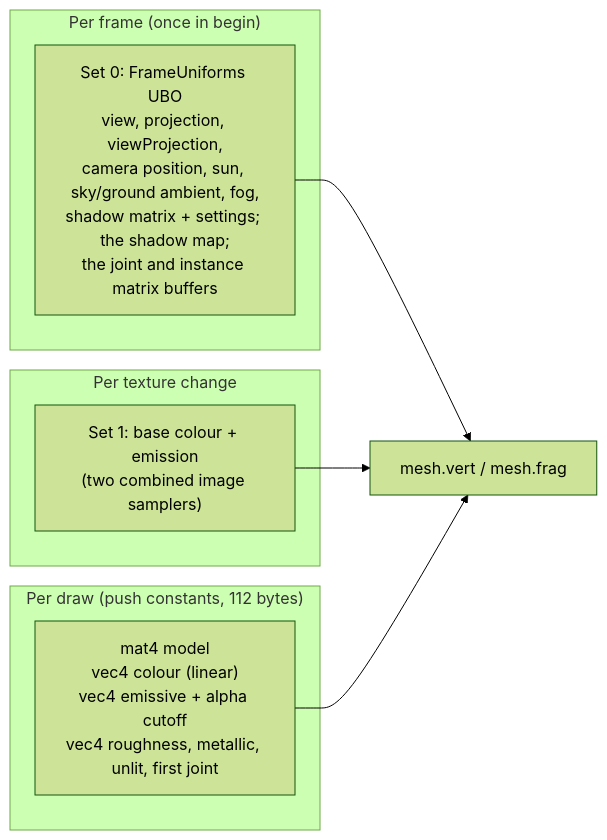
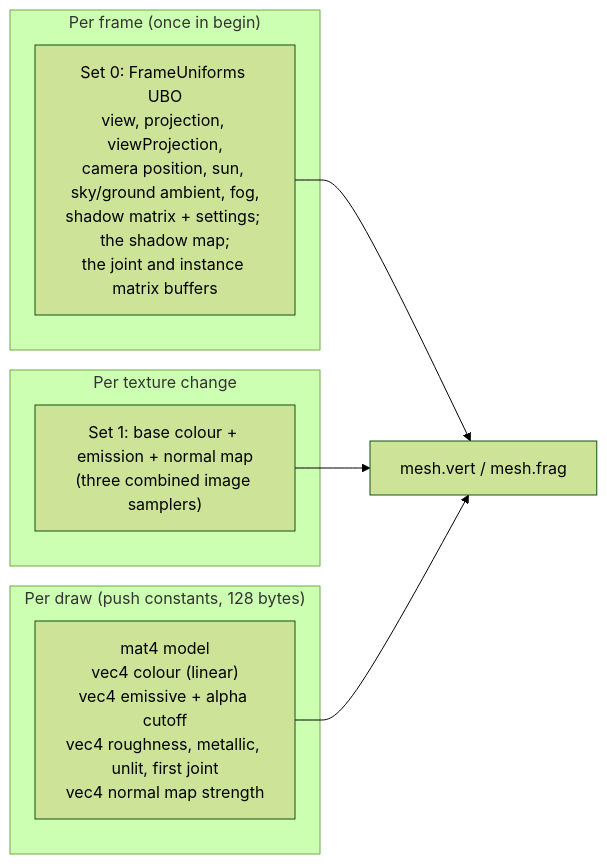
Before and after one commit to Chuck5ta/3DBaseFramework: the tenth of 18 diagrams in docs/GAME3D_ARCHITECTURE.md, drawn with Mermaid (forest theme). The commit also changed other lines of this file and 22 other files, not shown here.

````diff
--- a/docs/GAME3D_ARCHITECTURE.md
+++ b/docs/GAME3D_ARCHITECTURE.md
@@ -869,15 +886,15 @@
 ```mermaid
 flowchart LR
     subgraph perFrame["Per frame (once in begin)"]
         ubo["Set 0: FrameUniforms UBO<br/>view, projection, viewProjection,<br/>camera position, sun, sky/ground ambient, fog,<br/>shadow matrix + settings; the shadow map;<br/>the joint and instance matrix buffers"]
     end
     subgraph perMaterial["Per texture change"]
-        tex["Set 1: base colour + emission<br/>(two combined image samplers)"]
+        tex["Set 1: base colour + emission + normal map<br/>(three combined image samplers)"]
     end
-    subgraph perObject["Per draw (push constants, 112 bytes)"]
-        pc["mat4 model<br/>vec4 colour (linear)<br/>vec4 emissive + alpha cutoff<br/>vec4 roughness, metallic, unlit, first joint"]
+    subgraph perObject["Per draw (push constants, 128 bytes)"]
+        pc["mat4 model<br/>vec4 colour (linear)<br/>vec4 emissive + alpha cutoff<br/>vec4 roughness, metallic, unlit, first joint<br/>vec4 normal map strength"]
     end
     ubo --> sh["mesh.vert / mesh.frag"]
     tex --> sh
     pc --> sh
 ```
````
